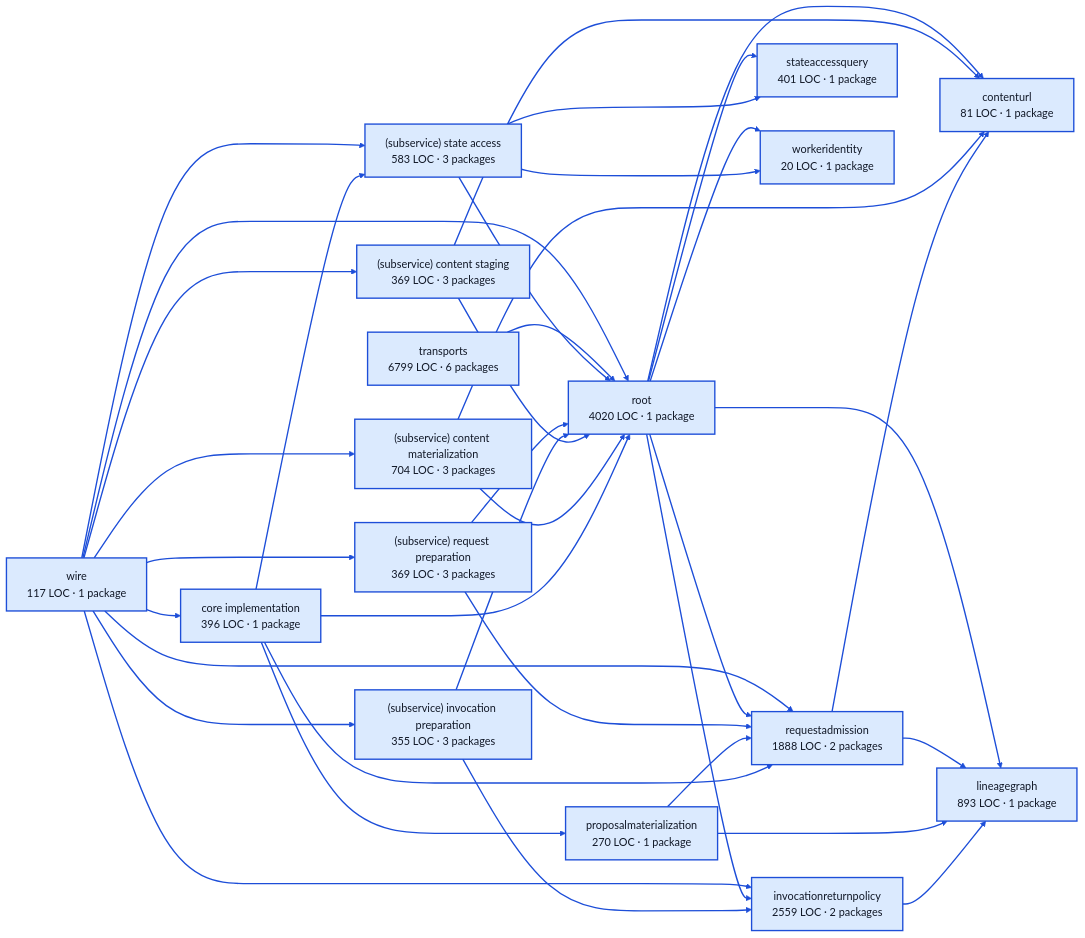
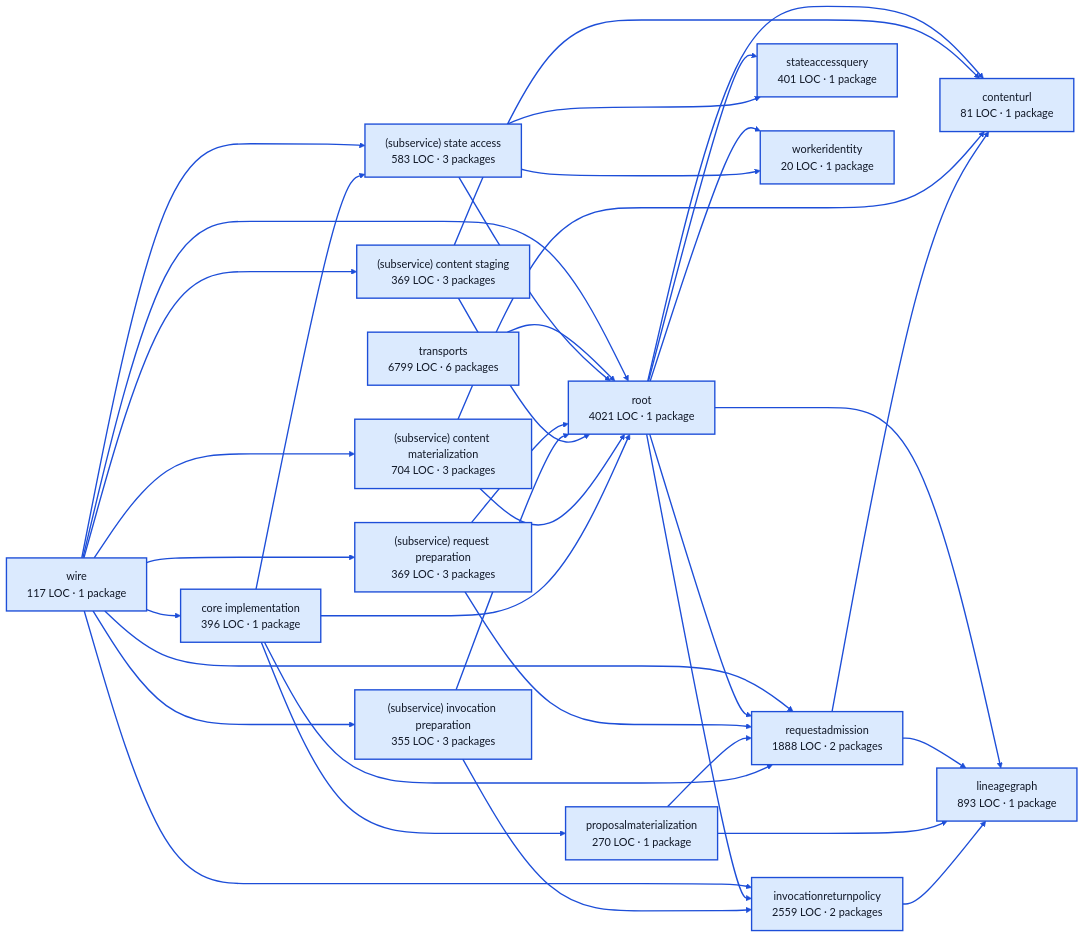
One commit to portpowered/you-agent-factory changed the diagram in docs/architecture/visualizations/services/work.md. Above: the diagram before and after it, drawn with Mermaid. The commit also changed other lines of this file and 20 other files, not shown here.

Commit message:
docs: refresh backend architecture visualizations

````diff
--- a/docs/architecture/visualizations/services/work.md
+++ b/docs/architecture/visualizations/services/work.md
@@ -11,72 +11,72 @@
 ```mermaid
 flowchart LR
   p0["core implementation<br/>396 LOC · 1 package"]
   p1["contenturl<br/>81 LOC · 1 package"]
   p2["invocationreturnpolicy<br/>2559 LOC · 2 packages"]
   p3["lineagegraph<br/>893 LOC · 1 package"]
   p4["proposalmaterialization<br/>270 LOC · 1 package"]
   p5["requestadmission<br/>1888 LOC · 2 packages"]
   p6["(subservice) content materialization<br/>704 LOC · 3 packages"]
   p7["(subservice) content staging<br/>369 LOC · 3 packages"]
   p8["(subservice) invocation preparation<br/>355 LOC · 3 packages"]
   p9["(subservice) request preparation<br/>369 LOC · 3 packages"]
   p10["(subservice) state access<br/>583 LOC · 3 packages"]
   p11["stateaccessquery<br/>401 LOC · 1 package"]
   p12["workeridentity<br/>20 LOC · 1 package"]
-  p13["root<br/>4020 LOC · 1 package"]
+  p13["root<br/>4021 LOC · 1 package"]
   p14["transports<br/>6799 LOC · 6 packages"]
   p15["wire<br/>117 LOC · 1 package"]
   p0 --> p4
   p0 --> p5
   p0 --> p10
   p0 --> p13
   p2 --> p3
   p4 --> p3
   p4 --> p5
   p5 --> p1
   p5 --> p3
   p6 --> p1
   p6 --> p13
   p7 --> p1
   p7 --> p13
   p8 --> p2
   p8 --> p13
   p9 --> p5
   p9 --> p13
   p10 --> p11
   p10 --> p12
   p10 --> p13
   p13 --> p1
   p13 --> p2
   p13 --> p3
   p13 --> p5
   p13 --> p11
   p13 --> p12
   p14 --> p13
   p15 --> p0
   p15 --> p2
   p15 --> p5
   p15 --> p6
   p15 --> p7
   p15 --> p8
   p15 --> p9
   p15 --> p10
   p15 --> p13
   style p0 fill:#dbeafe,stroke:#1d4ed8,stroke-width:2px,color:#111827
   style p1 fill:#dbeafe,stroke:#1d4ed8,stroke-width:2px,color:#111827
   style p2 fill:#dbeafe,stroke:#1d4ed8,stroke-width:2px,color:#111827
   style p3 fill:#dbeafe,stroke:#1d4ed8,stroke-width:2px,color:#111827
   style p4 fill:#dbeafe,stroke:#1d4ed8,stroke-width:2px,color:#111827
   style p5 fill:#dbeafe,stroke:#1d4ed8,stroke-width:2px,color:#111827
   style p6 fill:#dbeafe,stroke:#1d4ed8,stroke-width:2px,color:#111827
   style p7 fill:#dbeafe,stroke:#1d4ed8,stroke-width:2px,color:#111827
   style p8 fill:#dbeafe,stroke:#1d4ed8,stroke-width:2px,color:#111827
   style p9 fill:#dbeafe,stroke:#1d4ed8,stroke-width:2px,color:#111827
   style p10 fill:#dbeafe,stroke:#1d4ed8,stroke-width:2px,color:#111827
   style p11 fill:#dbeafe,stroke:#1d4ed8,stroke-width:2px,color:#111827
   style p12 fill:#dbeafe,stroke:#1d4ed8,stroke-width:2px,color:#111827
   style p13 fill:#dbeafe,stroke:#1d4ed8,stroke-width:2px,color:#111827
   style p14 fill:#dbeafe,stroke:#1d4ed8,stroke-width:2px,color:#111827
   style p15 fill:#dbeafe,stroke:#1d4ed8,stroke-width:2px,color:#111827
   linkStyle default stroke:#1d4ed8,stroke-width:2px
 ```
````
